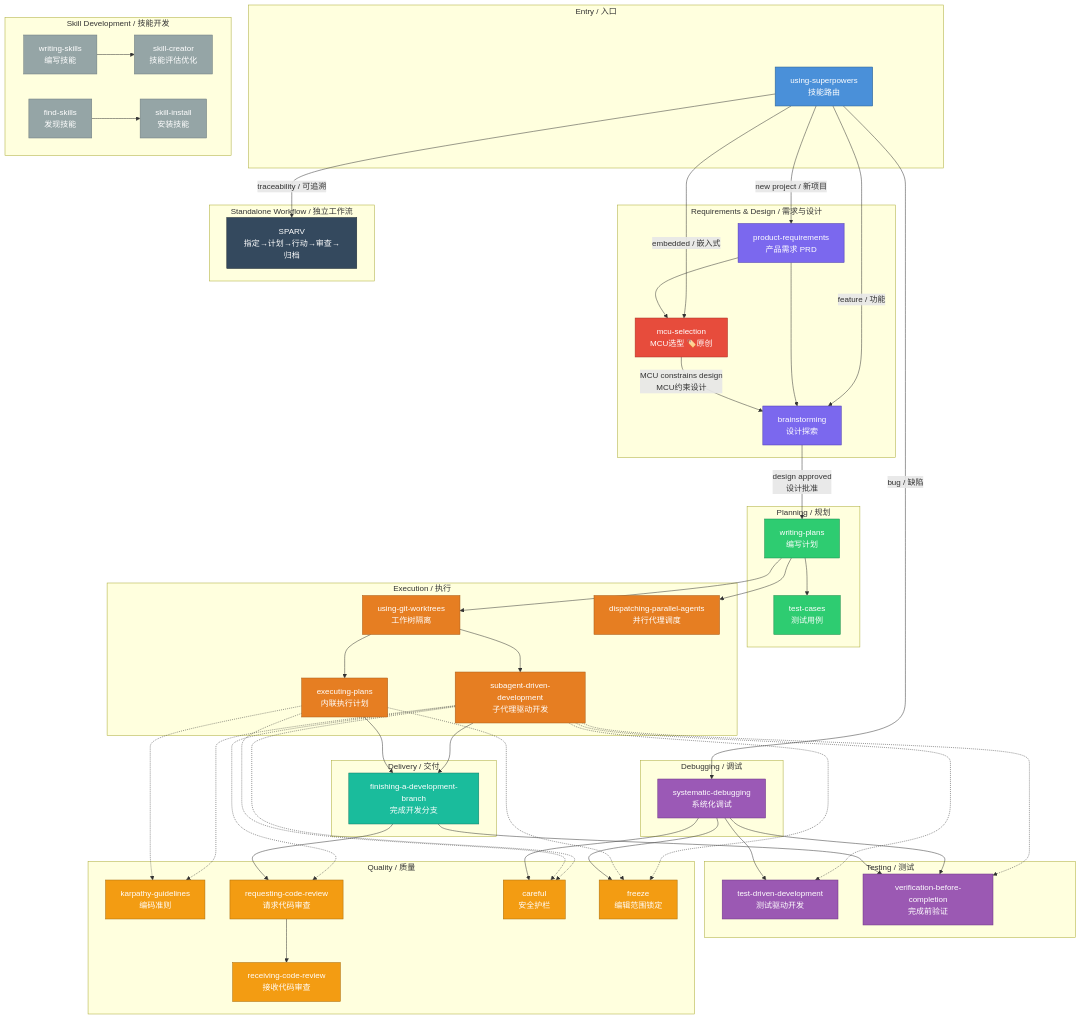
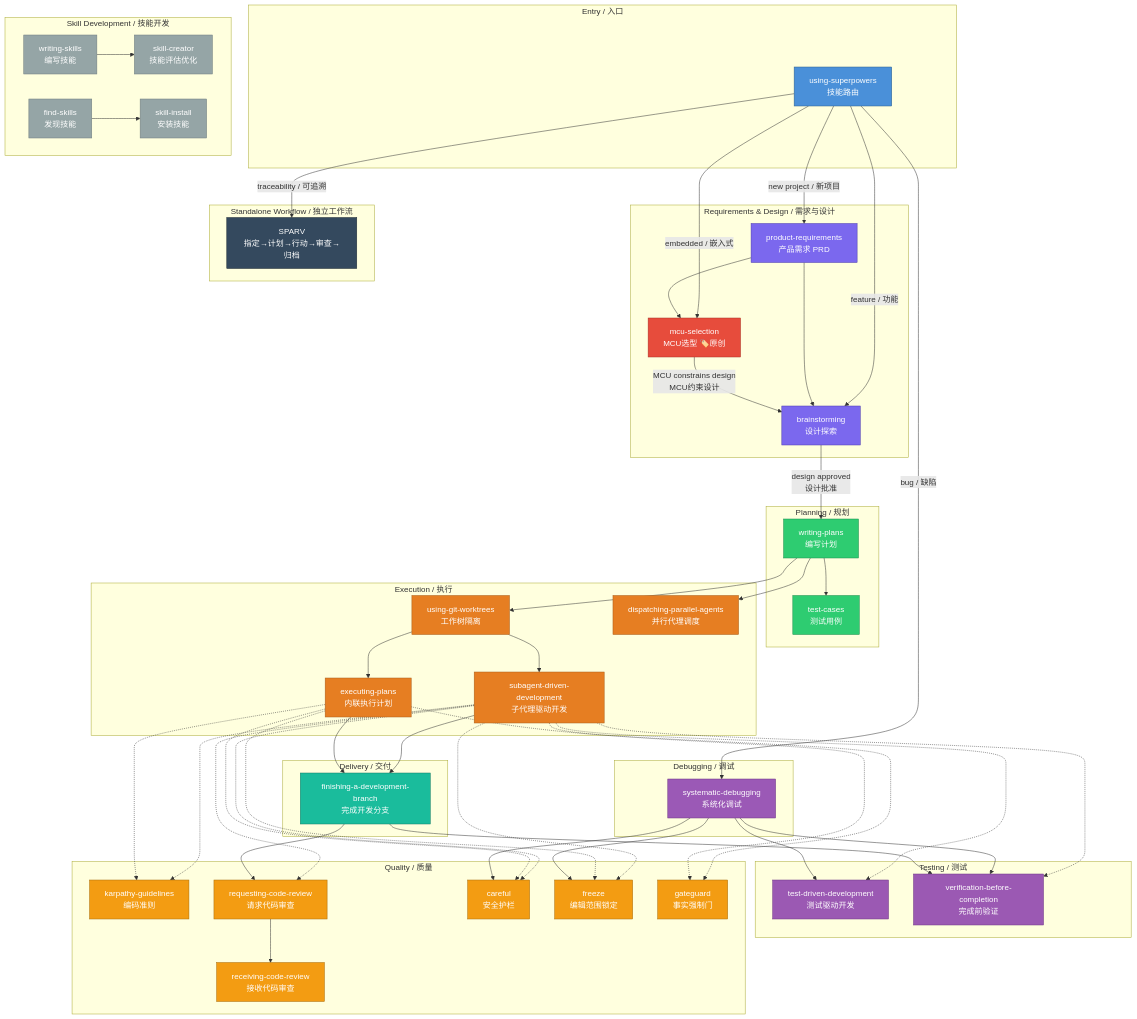
One commit to shenqipeng/mcu-ironclad changed the diagram in SKILLS_GUIDE.md. Above: the diagram before and after it, drawn with Mermaid. The commit also changed other lines of this file and 2 other files, not shown here.

First line of the commit message:
Add gateguard skill from ECC, update docs to 25 skills

```diff
--- a/SKILLS_GUIDE.md
+++ b/SKILLS_GUIDE.md
@@ -147,6 +149,7 @@
         RCVD[receiving-code-review<br/>接收代码审查]
         CARE[careful<br/>安全护栏]
         FRZ[freeze<br/>编辑范围锁定]
+        GG[gateguard<br/>事实强制门]
     end
 
     subgraph Debug["Debugging / 调试"]
@@ -194,12 +197,14 @@
     SDD -.-> KG
     SDD -.-> CARE
     SDD -.-> FRZ
+    SDD -.-> GG
     SDD -.-> TDD
     SDD -.-> RCR
     SDD -.-> VBC
     EP -.-> KG
     EP -.-> CARE
     EP -.-> FRZ
+    EP -.-> GG
 
     %% Code review
     RCR --> RCVD
@@ -239,7 +244,7 @@
     class WP,TC plan
     class UGW,SDD,EP,DPA exec
     class TDD,VBC test
-    class KG,RCR,RCVD,CARE,FRZ qual
+    class KG,RCR,RCVD,CARE,FRZ,GG qual
     class SD debug
     class FD deliver
     class WS,SC,SI,FS meta
```
